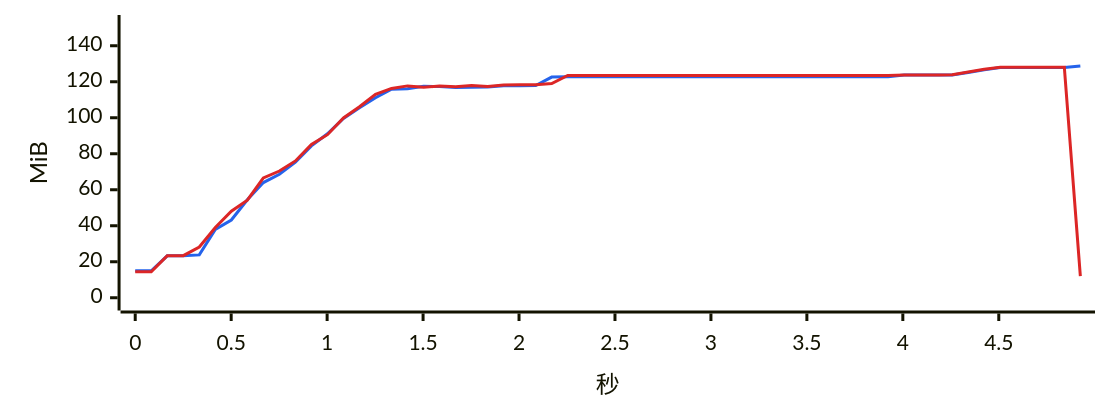
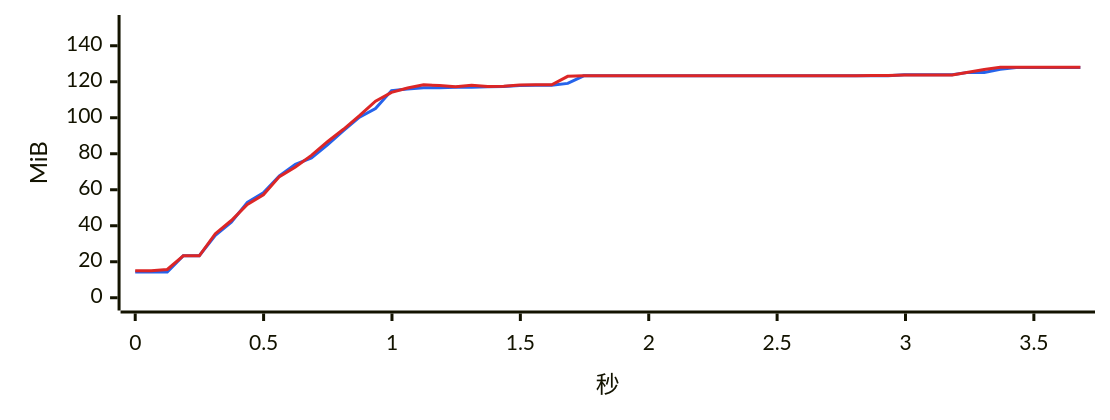
Before and after one commit to 334456777/WeFlow: the eighth of 17 diagrams in bench/v2.0.0/summary.md, drawn with Mermaid. The commit also changed other lines of this file and 3 other files, not shown here.

````diff
--- a/bench/v2.0.0/summary.md
+++ b/bench/v2.0.0/summary.md
@@ -367,8 +364,8 @@
 ```mermaid
 %%{init: {"xyChart": {"width": 720, "height": 260}, "themeVariables": {"xyChart": {"plotColorPalette": "#2563eb, #dc2626"}}}}%%
 xychart-beta
-    x-axis "秒" 0 --> 4.925
+    x-axis "秒" 0 --> 3.681
     y-axis "MiB" 0 --> 150
-    line [15.0, 15.0, 23.3, 23.3, 23.8, 38.0, 43.2, 54.4, 64.0, 68.6, 75.4, 84.4, 91.1, 99.6, 105.6, 111.1, 115.9, 116.1, 117.5, 117.3, 116.8, 116.9, 117.1, 117.8, 117.8, 117.9, 122.6, 122.8, 122.8, 122.8, 122.8, 122.8, 122.8, 122.8, 122.8, 122.8, 122.8, 122.8, 122.8, 122.8, 122.8, 122.8, 122.8, 122.8, 122.8, 122.8, 122.8, 122.8, 123.7, 123.7, 123.7, 123.7, 125.1, 126.6, 127.9, 127.9, 127.9, 127.9, 127.9, 128.8]
-    line [14.4, 14.4, 23.4, 23.4, 28.2, 39.0, 48.1, 54.2, 66.6, 70.4, 76.0, 85.2, 90.6, 99.9, 106.1, 113.0, 116.3, 117.7, 116.9, 117.7, 117.2, 117.9, 117.4, 118.2, 118.3, 118.3, 119.0, 123.5, 123.5, 123.5, 123.5, 123.5, 123.5, 123.5, 123.5, 123.5, 123.5, 123.5, 123.5, 123.5, 123.5, 123.5, 123.5, 123.5, 123.5, 123.5, 123.5, 123.5, 123.7, 123.7, 123.7, 123.9, 125.4, 126.9, 128.1, 128.1, 128.1, 128.1, 128.1, 12.0]
+    line [14.3, 14.3, 14.3, 23.4, 23.4, 34.7, 42.0, 53.0, 58.3, 67.7, 74.1, 77.7, 85.0, 92.8, 100.3, 105.1, 115.1, 116.0, 116.6, 116.6, 117.0, 117.0, 117.2, 117.3, 117.9, 118.0, 118.0, 119.1, 123.3, 123.3, 123.3, 123.3, 123.3, 123.3, 123.3, 123.3, 123.3, 123.3, 123.3, 123.3, 123.3, 123.3, 123.3, 123.3, 123.3, 123.3, 123.3, 123.3, 123.9, 123.9, 123.9, 123.9, 125.2, 125.2, 126.9, 127.9, 127.9, 127.9, 127.9, 127.9]
+    line [15.0, 15.0, 15.7, 23.3, 23.3, 35.6, 42.9, 51.8, 57.2, 67.3, 72.6, 79.1, 86.7, 93.6, 101.2, 109.2, 114.1, 116.5, 118.3, 117.9, 117.2, 118.1, 117.3, 117.5, 118.2, 118.3, 118.3, 123.0, 123.4, 123.4, 123.4, 123.4, 123.4, 123.4, 123.4, 123.4, 123.4, 123.4, 123.4, 123.4, 123.4, 123.4, 123.4, 123.4, 123.4, 123.4, 123.5, 123.5, 123.8, 123.8, 123.8, 123.8, 125.3, 126.8, 128.0, 128.0, 128.0, 128.0, 128.0, 128.0]
 ```
````
